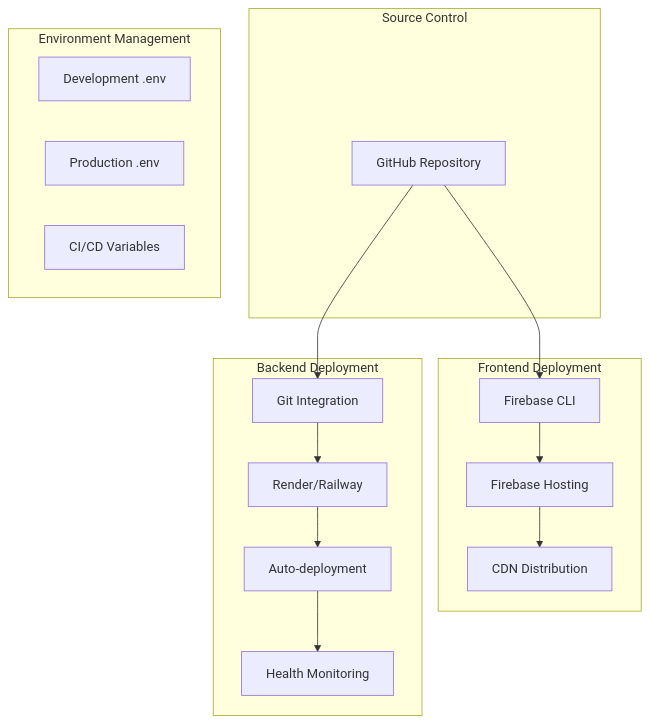
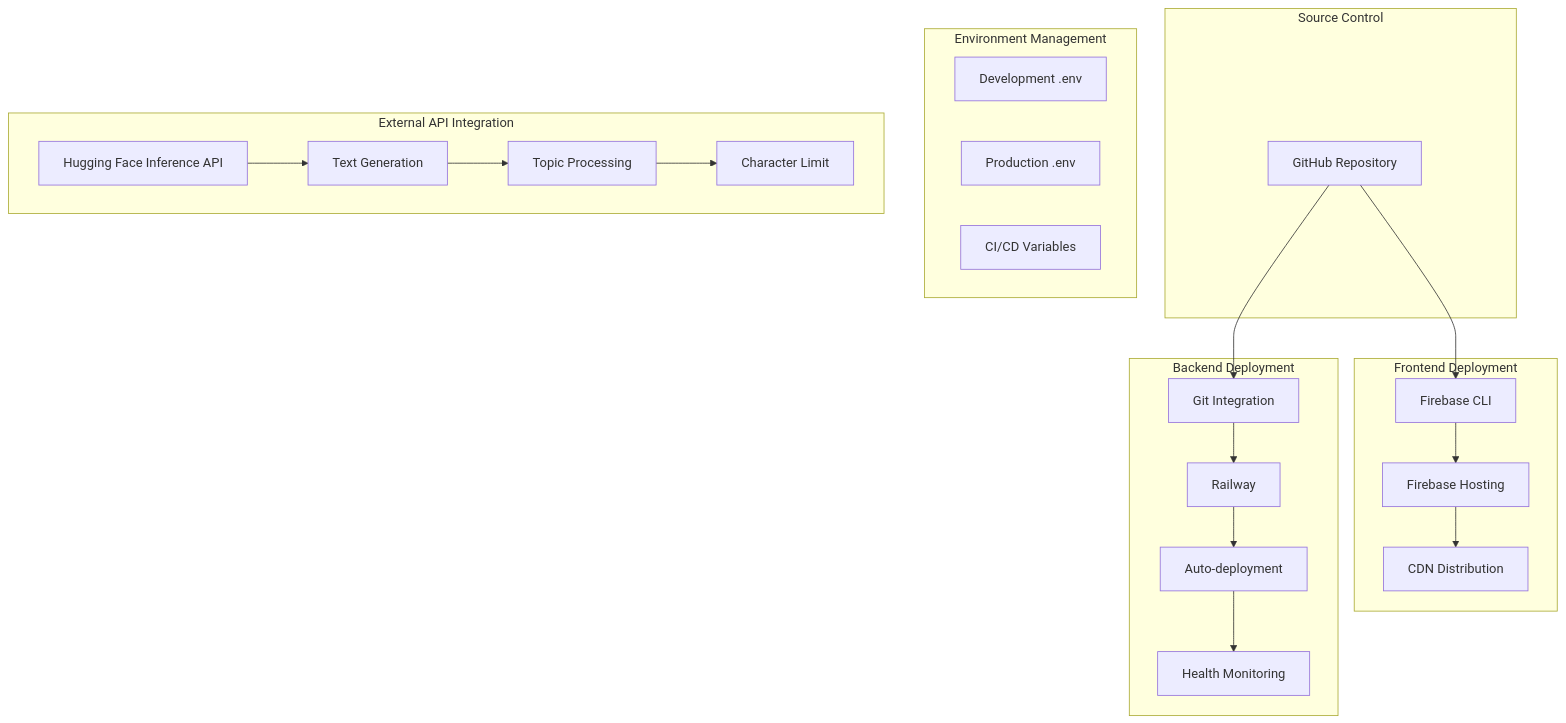
Before and after one commit to souzabruno01/CapyType-Race: the sixth of 6 diagrams in capytype/ARCHITECTURE.md, drawn with Mermaid. The commit also changed other lines of this file and 1 other file, not shown here.

Commit message:
Update documentation with new features and architecture

````diff
--- a/capytype/ARCHITECTURE.md
+++ b/capytype/ARCHITECTURE.md
@@ -215,26 +256,32 @@
 ```mermaid
 graph TB
     subgraph "Source Control"
         A[GitHub Repository]
     end
     
     subgraph "Frontend Deployment"
         B[Firebase CLI] --> C[Firebase Hosting]
         C --> D[CDN Distribution]
     end
     
     subgraph "Backend Deployment"
-        E[Git Integration] --> F[Render/Railway]
+        E[Git Integration] --> F[Railway]
         F --> G[Auto-deployment]
         G --> H[Health Monitoring]
     end
     
     A --> B
     A --> E
     
     subgraph "Environment Management"
         I[Development .env]
         J[Production .env]
         K[CI/CD Variables]
     end
+    
+    subgraph "External API Integration"
+        L[Hugging Face Inference API] --> M[Text Generation]
+        M --> N[Topic Processing]
+        N --> O[Character Limit]
+    end
 ```
````
